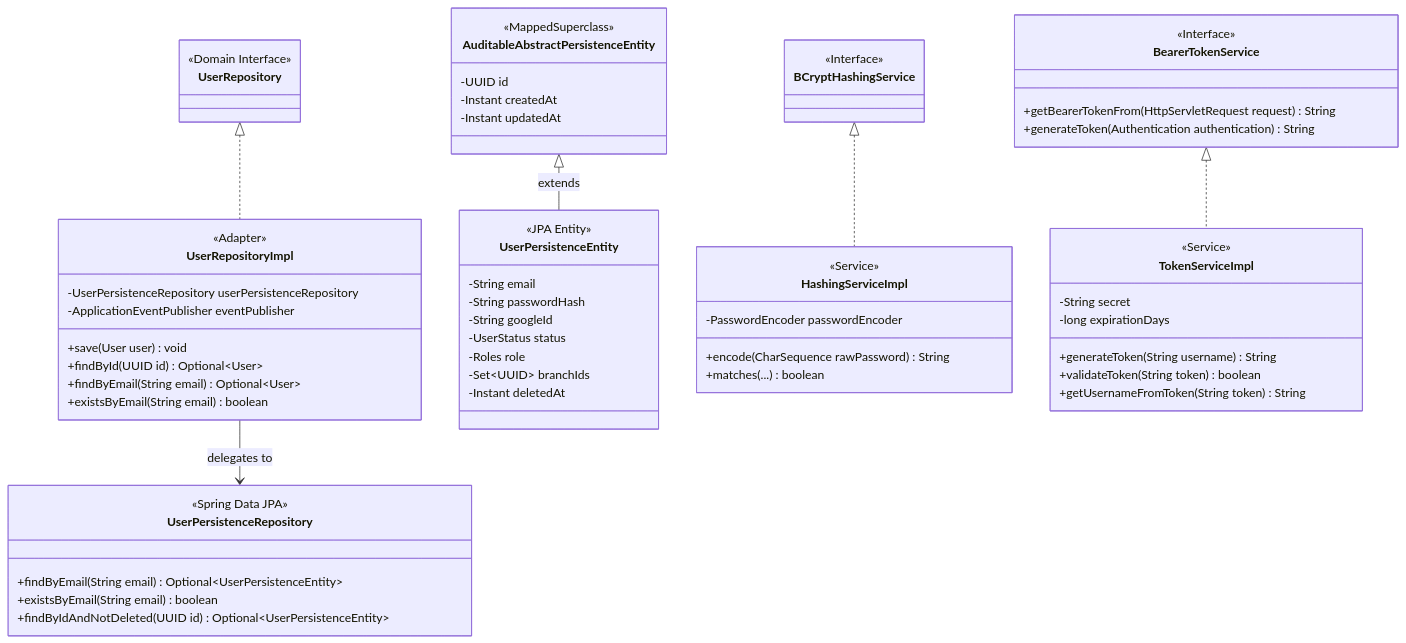
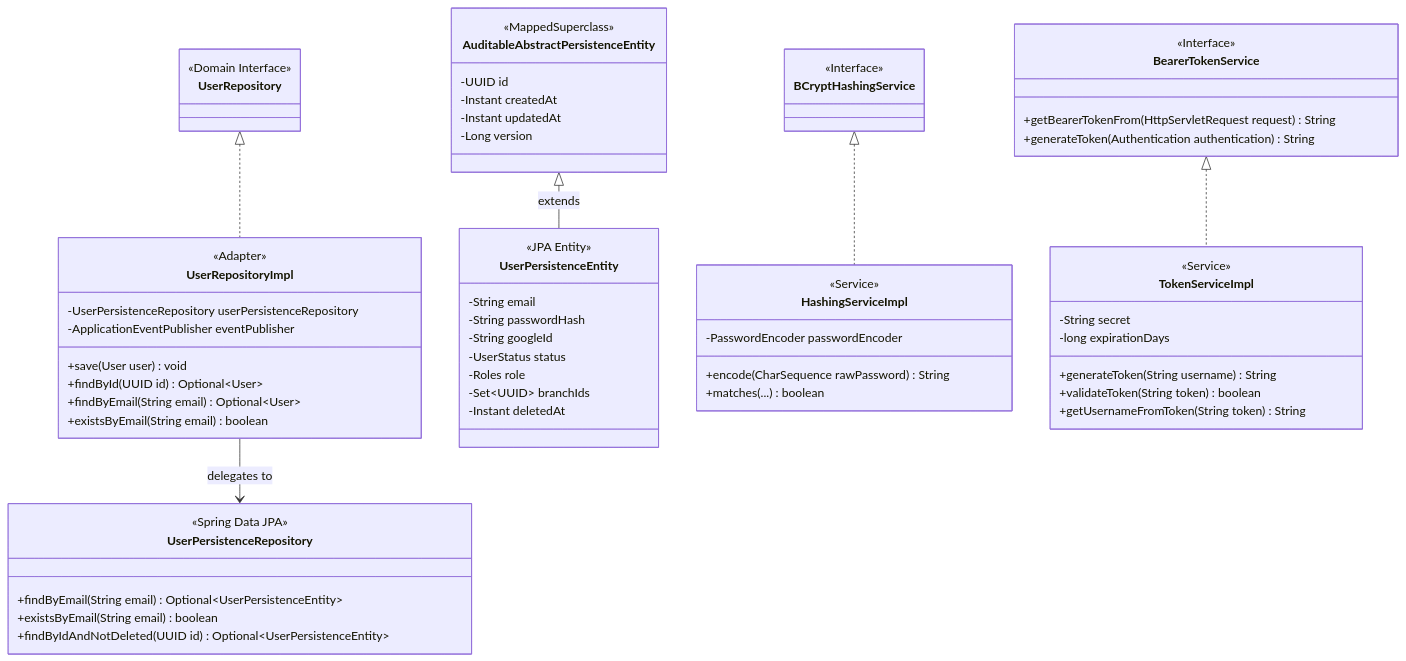
Before and after one commit to tux-logic/shiftiq-platform: the fourth of 7 diagrams in docs/ddd-bounded-contexts-dictionary.md, drawn with Mermaid. The commit also changed other lines of this file, not shown here.

Commit message:
docs(iam): fix AuditableAbstractPersistenceEntity version in diagram and remove C4 self-reference.

````diff
--- a/docs/ddd-bounded-contexts-dictionary.md
+++ b/docs/ddd-bounded-contexts-dictionary.md
@@ -574,75 +574,76 @@
 ```mermaid
 classDiagram
     direction TB
 
     class UserRepository {
         <<Domain Interface>>
     }
 
     class UserRepositoryImpl {
         <<Adapter>>
         -UserPersistenceRepository userPersistenceRepository
         -ApplicationEventPublisher eventPublisher
         +save(User user) void
         +findById(UUID id) Optional~User~
         +findByEmail(String email) Optional~User~
         +existsByEmail(String email) boolean
     }
 
     class UserPersistenceEntity {
         <<JPA Entity>>
         -String email
         -String passwordHash
         -String googleId
         -UserStatus status
         -Roles role
         -Set~UUID~ branchIds
         -Instant deletedAt
     }
 
     class AuditableAbstractPersistenceEntity {
         <<MappedSuperclass>>
         -UUID id
         -Instant createdAt
         -Instant updatedAt
+        -Long version
     }
 
     class UserPersistenceRepository {
         <<Spring Data JPA>>
         +findByEmail(String email) Optional~UserPersistenceEntity~
         +existsByEmail(String email) boolean
         +findByIdAndNotDeleted(UUID id) Optional~UserPersistenceEntity~
     }
 
     class BCryptHashingService {
         <<Interface>>
     }
 
     class HashingServiceImpl {
         <<Service>>
         -PasswordEncoder passwordEncoder
         +encode(CharSequence rawPassword) String
         +matches(...) boolean
     }
 
     class BearerTokenService {
         <<Interface>>
         +getBearerTokenFrom(HttpServletRequest request) String
         +generateToken(Authentication authentication) String
     }
 
     class TokenServiceImpl {
         <<Service>>
         -String secret
         -long expirationDays
         +generateToken(String username) String
         +validateToken(String token) boolean
         +getUsernameFromToken(String token) String
     }
 
     UserRepository <|.. UserRepositoryImpl
     UserRepositoryImpl --> UserPersistenceRepository : delegates to
     AuditableAbstractPersistenceEntity <|-- UserPersistenceEntity : extends
     BCryptHashingService <|.. HashingServiceImpl
     BearerTokenService <|.. TokenServiceImpl
 ```
````
